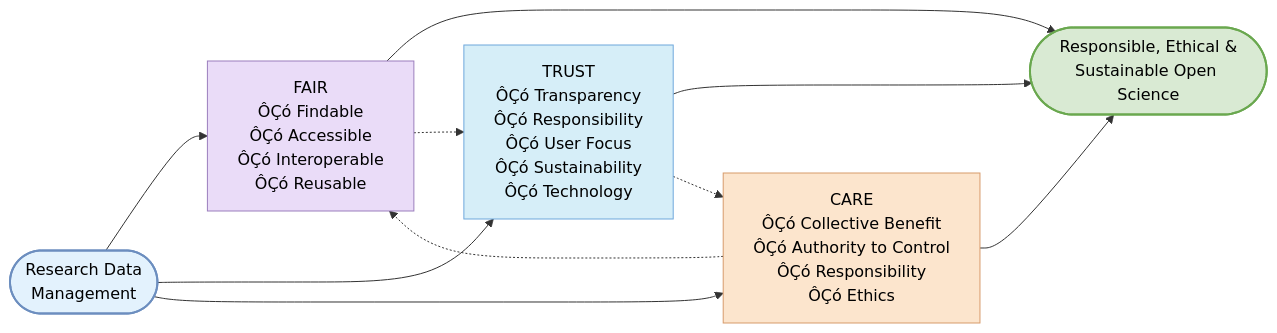
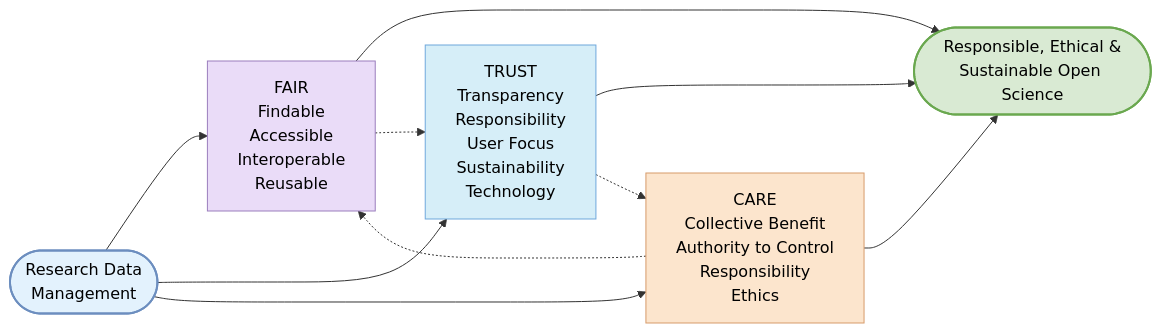
The diagram in 3.-Integrating-FAIR,-TRUST-and-CARE-in-Research-Data-Management.md (Digital-Future-Institute/CoARA), drawn with Mermaid before and after one commit. The commit also changed other lines of this file, not shown here.

````diff
--- a/3.-Integrating-FAIR,-TRUST-and-CARE-in-Research-Data-Management.md
+++ b/3.-Integrating-FAIR,-TRUST-and-CARE-in-Research-Data-Management.md
@@ -22,40 +22,40 @@
 ```mermaid
 flowchart LR
 
     A([Research Data<br/>Management])
 
-    B["FAIR<br/>ÔÇó Findable<br/>ÔÇó Accessible<br/>ÔÇó Interoperable<br/>ÔÇó Reusable"]
+    B["FAIR<br/> Findable<br/> Accessible<br/> Interoperable<br/> Reusable"]
 
-    C["TRUST<br/>ÔÇó Transparency<br/>ÔÇó Responsibility<br/>ÔÇó User Focus<br/>ÔÇó Sustainability<br/>ÔÇó Technology"]
+    C["TRUST<br/> Transparency<br/> Responsibility<br/> User Focus<br/> Sustainability<br/> Technology"]
 
-    D["CARE<br/>ÔÇó Collective Benefit<br/>ÔÇó Authority to Control<br/>ÔÇó Responsibility<br/>ÔÇó Ethics"]
+    D["CARE<br/> Collective Benefit<br/> Authority to Control<br/> Responsibility<br/> Ethics"]
 
     E([Responsible, Ethical &<br/>Sustainable Open Science])
 
     %% Main relationships
     A --> B
     A --> C
     A --> D
 
     B --> E
     C --> E
     D --> E
 
     %% Cross-links showing complementarity
     B -.-> C
     C -.-> D
     D -.-> B
 
     %% Pastel styling
     classDef input fill:#E3F2FD,stroke:#6C8EBF,color:#000000,stroke-width:2px;
     classDef fair fill:#EADCF8,stroke:#9B7EBD,color:#000000;
     classDef trust fill:#D6EEF8,stroke:#6FA8DC,color:#000000;
     classDef care fill:#FCE5CD,stroke:#D79B6B,color:#000000;
     classDef outcome fill:#D9EAD3,stroke:#6AA84F,color:#000000,stroke-width:2px;
 
     class A input;
     class B fair;
     class C trust;
     class D care;
     class E outcome;
 ```
````
